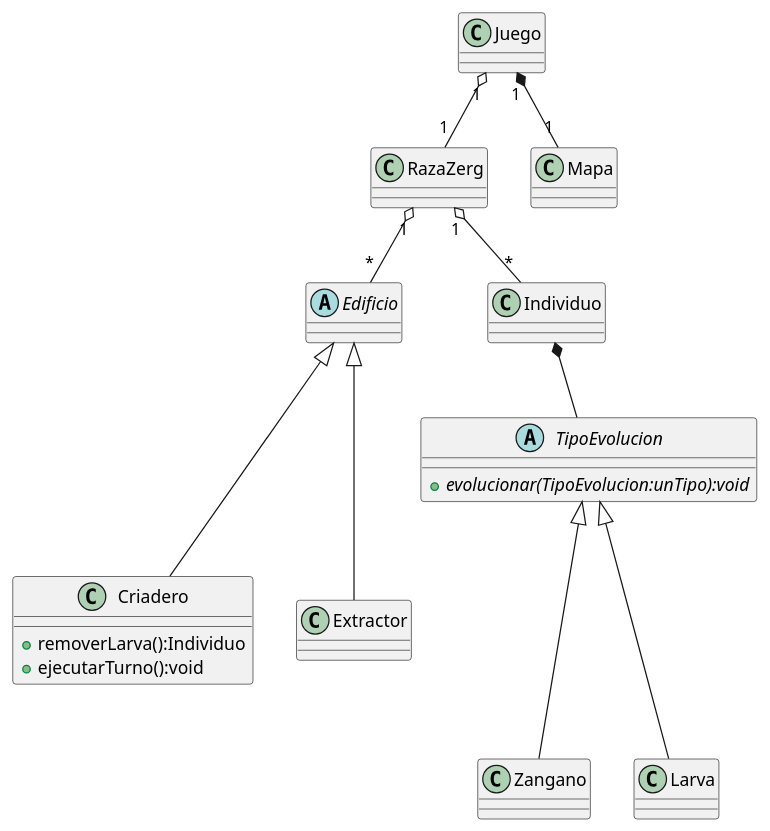
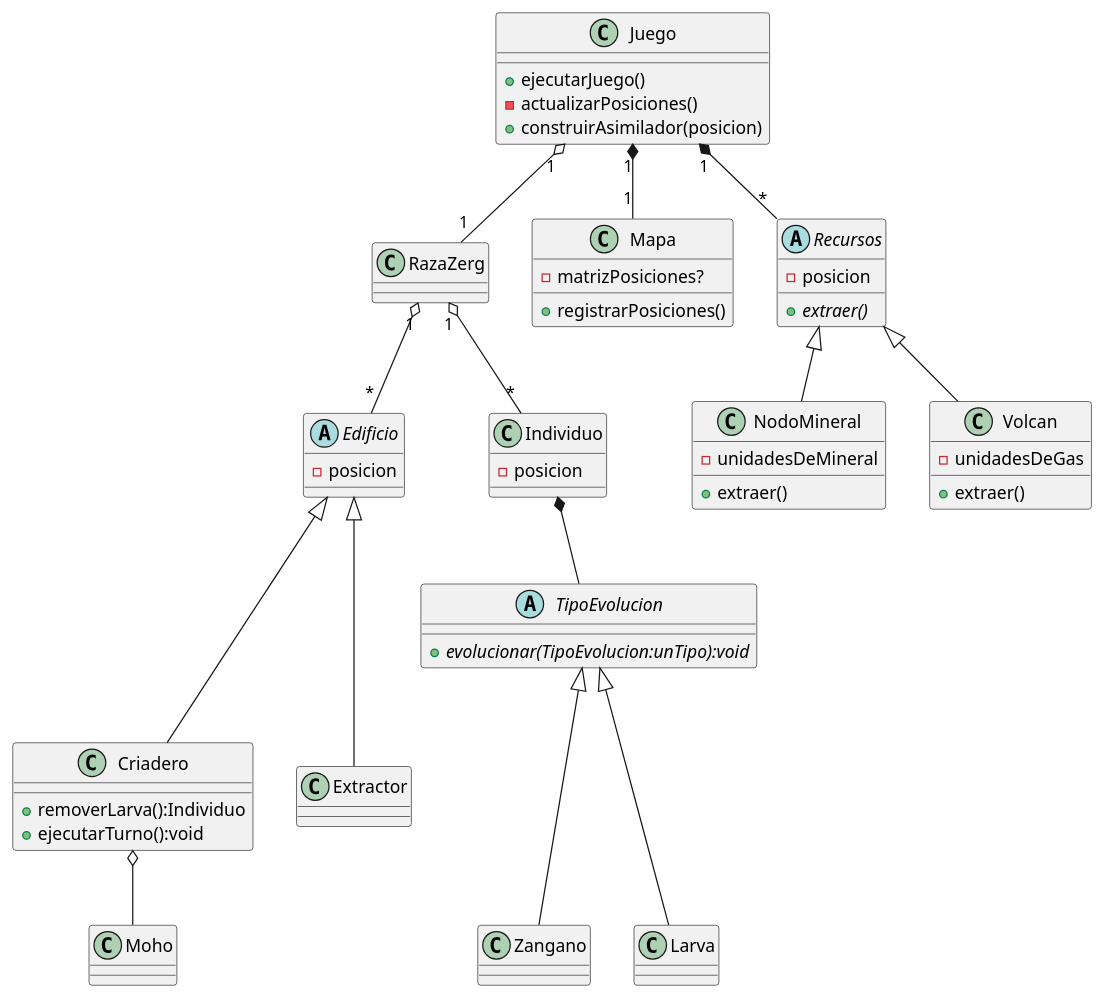
Before and after one commit to nicolasgirardi/algo3_TP2_AlgoStar: the diagram in diagrams/classes/clases.puml, drawn with PlantUML. The commit also changed other lines of this file, not shown here.

Commit message:
modelado de casi toda la raza Zerg

```diff
--- a/diagrams/classes/clases.puml
+++ b/diagrams/classes/clases.puml
@@ -1,45 +1,76 @@
 @startuml
 
 abstract class TipoEvolucion{
     + {abstract} evolucionar(TipoEvolucion:unTipo):void
 }
 
 class Juego {
+    +ejecutarJuego()
+    -actualizarPosiciones()
+    +construirAsimilador(posicion)
 }
 
 class Zangano{
 
 }
 class Larva{
 
 }
 class RazaZerg{
 
 }
 class Criadero{
     +removerLarva():Individuo
     +ejecutarTurno():void
 }
 
 abstract class TipoEvolucion{
 
 }
 
 abstract class Edificio{
-
+    -posicion
 }
 class Extractor{
 
+}
+
+class Individuo {
+    -posicion
+}
+
+class Mapa {
+    -matrizPosiciones?
+    +registrarPosiciones()
+}
+
+abstract class Recursos {
+    -posicion
+    {abstract} +extraer()
+}
+
+class NodoMineral {
+    -unidadesDeMineral
+    +extraer()
+}
+
+class Volcan{
+    -unidadesDeGas
+    +extraer()
 }
 
 Individuo *-- TipoEvolucion
 Zangano  -up--|> TipoEvolucion
 Larva    -up--|> TipoEvolucion
 RazaZerg "1"  o-- "*" Edificio
 RazaZerg "1"  o-- "*" Individuo
 Criadero -up--|> Edificio
 Extractor -up--|> Edificio
 Juego "1"  o-- "1" RazaZerg
 Juego "1"  *-- "1" Mapa
+Juego "1"  *-- "*" Recursos
+Recursos <|-- Volcan
+Recursos <|-- NodoMineral
+Criadero o-- Moho
 
 @enduml
```
